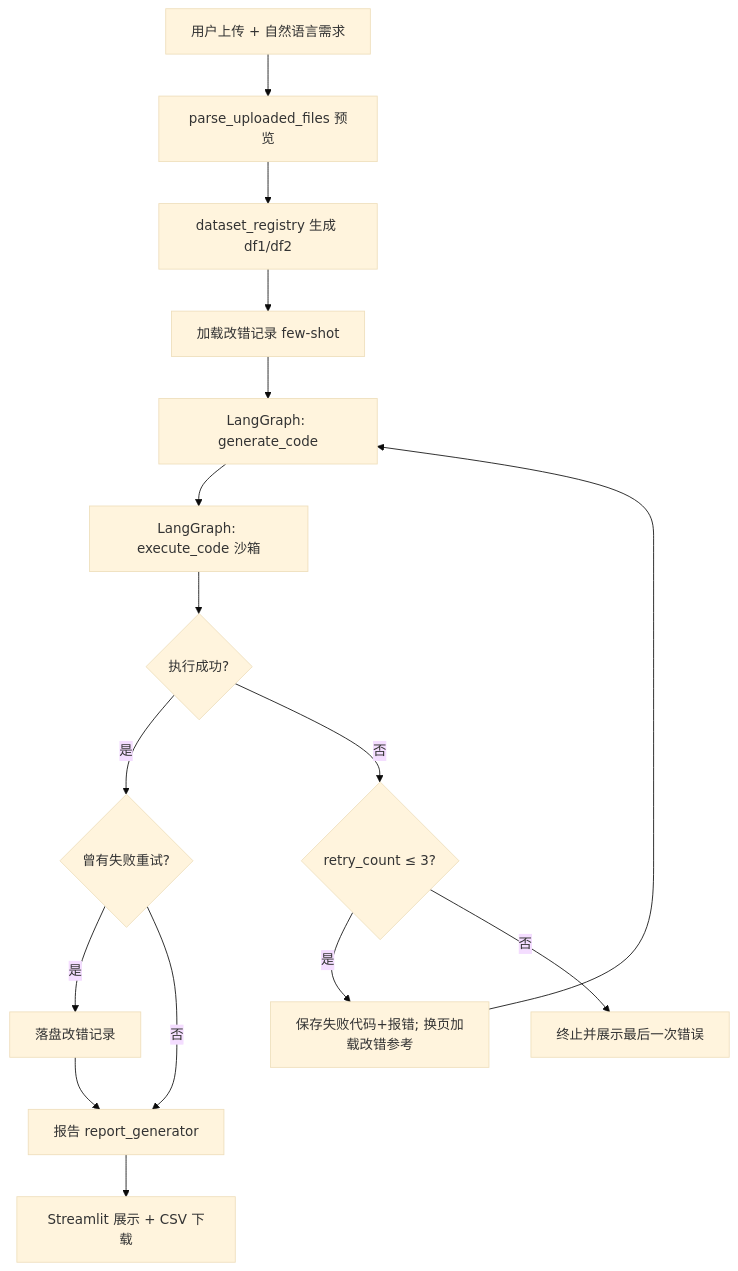
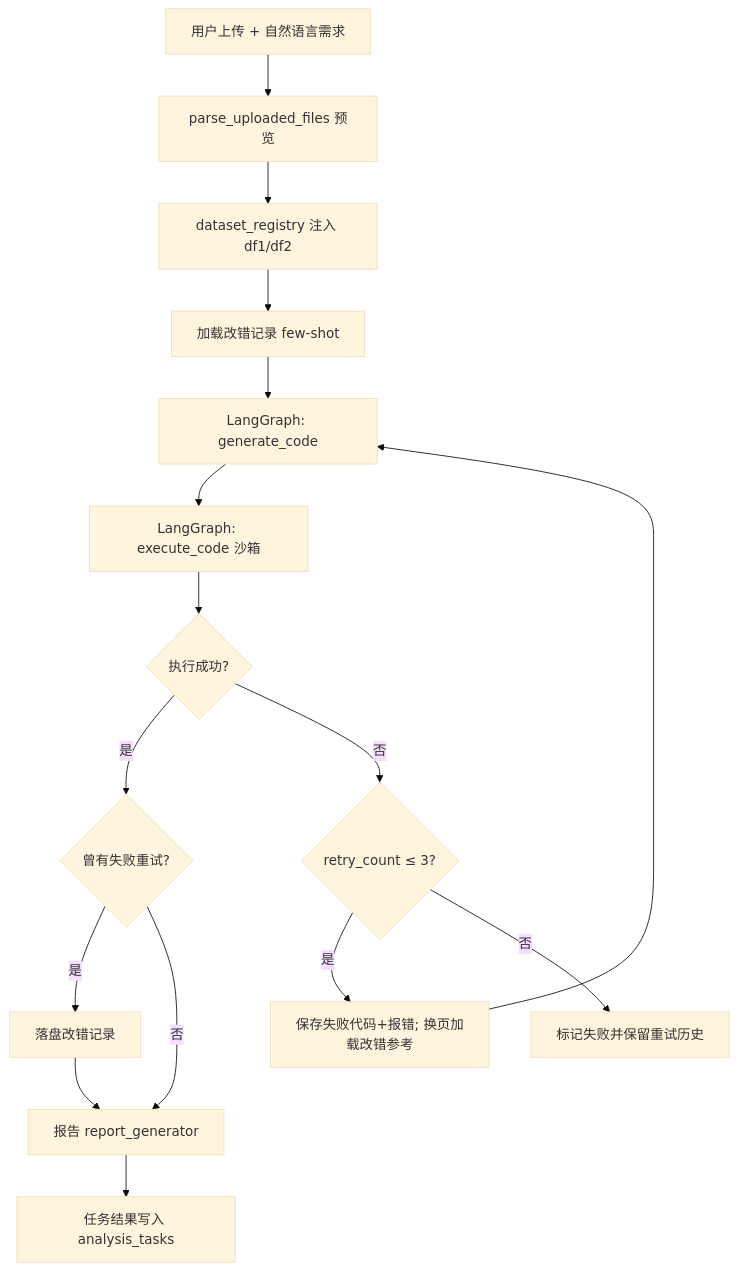
One commit to pluto328/data_analyst_agent changed the first of 2 diagrams in readme.md. Above: the diagram before and after it, drawn with Mermaid (base theme). The commit also changed other lines of this file and 7 other files, not shown here.

````diff
--- a/readme.md
+++ b/readme.md
@@ -139,18 +166,18 @@
 ```mermaid
 flowchart TD
     A[用户上传 + 自然语言需求] --> B[parse_uploaded_files 预览]
-    B --> C[dataset_registry 生成 df1/df2]
+    B --> C[dataset_registry 注入 df1/df2]
     C --> D[加载改错记录 few-shot]
     D --> E[LangGraph: generate_code]
     E --> F[LangGraph: execute_code 沙箱]
     F --> G{执行成功?}
     G -->|是| H{曾有失败重试?}
     H -->|是| I[落盘改错记录]
     H -->|否| J[报告 report_generator]
     I --> J
-    J --> K[Streamlit 展示 + CSV 下载]
+    J --> K[任务结果写入 analysis_tasks]
     G -->|否| L{retry_count ≤ 3?}
     L -->|是| M[保存失败代码+报错; 换页加载改错参考]
     M --> E
-    L -->|否| N[终止并展示最后一次错误]
+    L -->|否| N[标记失败并保留重试历史]
 ```
````
